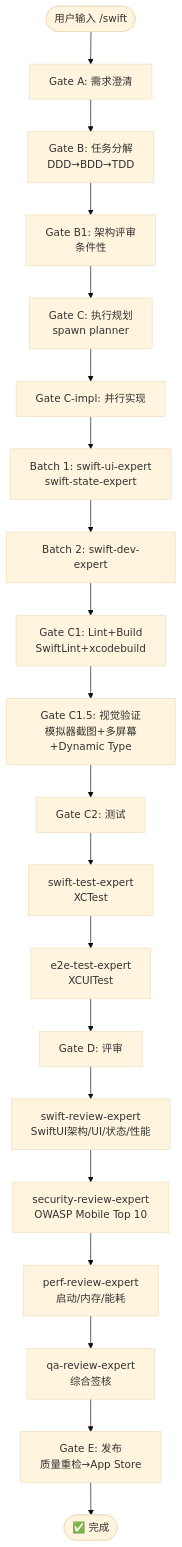
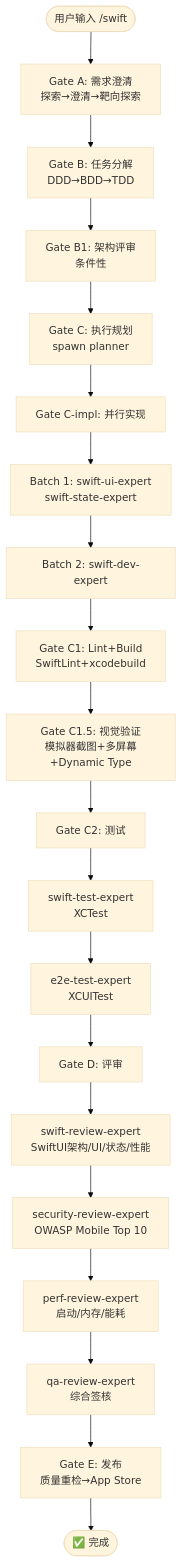
Before and after one commit to Wjl1224734792/Jarvis-Agent-Factory: the diagram in docs/flows/swift.md, drawn with Mermaid (base theme). The commit also changed 39 other files, not shown here.

````diff
--- a/docs/flows/swift.md
+++ b/docs/flows/swift.md
@@ -38,22 +38,22 @@
 ```mermaid
 flowchart TD
-    START([用户输入 /swift]) --> A[Gate A: 需求澄清]
+    START([用户输入 /swift]) --> A[Gate A: 需求澄清<br/>探索→澄清→靶向探索]
     A --> B[Gate B: 任务分解<br/>DDD→BDD→TDD]
     B --> B1[Gate B1: 架构评审<br/>条件性]
     B1 --> C[Gate C: 执行规划<br/>spawn planner]
     C --> CI[Gate C-impl: 并行实现]
     CI --> CI1[Batch 1: swift-ui-expert<br/>swift-state-expert]
     CI1 --> CI2[Batch 2: swift-dev-expert]
     CI2 --> C1[Gate C1: Lint+Build<br/>SwiftLint+xcodebuild]
     C1 --> C15[Gate C1.5: 视觉验证<br/>模拟器截图+多屏幕+Dynamic Type]
     C15 --> C2[Gate C2: 测试]
     C2 --> C2A[swift-test-expert<br/>XCTest]
     C2A --> C2B[e2e-test-expert<br/>XCUITest]
     C2B --> D[Gate D: 评审]
     D --> D1[swift-review-expert<br/>SwiftUI架构/UI/状态/性能]
     D1 --> D2[security-review-expert<br/>OWASP Mobile Top 10]
     D2 --> D3[perf-review-expert<br/>启动/内存/能耗]
     D3 --> D4[qa-review-expert<br/>综合签核]
     D4 --> E[Gate E: 发布<br/>质量重检→App Store]
     E --> DONE([✅ 完成])
 ```
````
